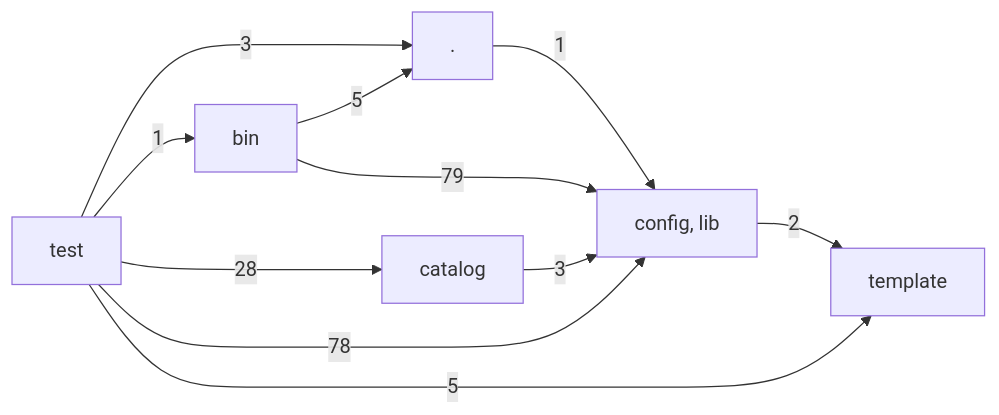
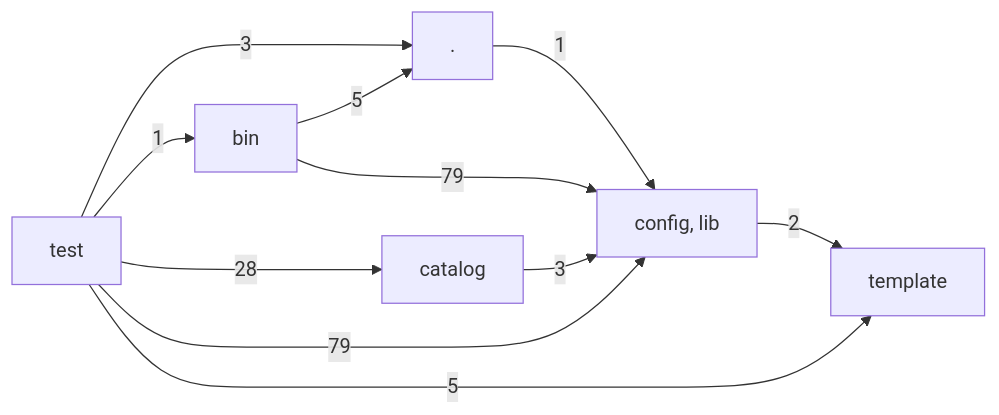
One commit to hackersandwizards/scaffolding changed the diagram in docs/architecture/layers.md. Above: the diagram before and after it, drawn with Mermaid. The commit also changed 6 other files, not shown here.

````diff
--- a/docs/architecture/layers.md
+++ b/docs/architecture/layers.md
@@ -3,19 +3,19 @@
 ```mermaid
 graph LR
   L0["."]
   L1["bin"]
   L2["catalog"]
   L3["config, lib"]
   L4["template"]
   L5["test"]
   L0 -->|1| L3
   L1 -->|5| L0
   L1 -->|79| L3
   L2 -->|3| L3
   L3 -->|2| L4
   L5 -->|3| L0
   L5 -->|1| L1
   L5 -->|28| L2
-  L5 -->|78| L3
+  L5 -->|79| L3
   L5 -->|5| L4
 ```
````
